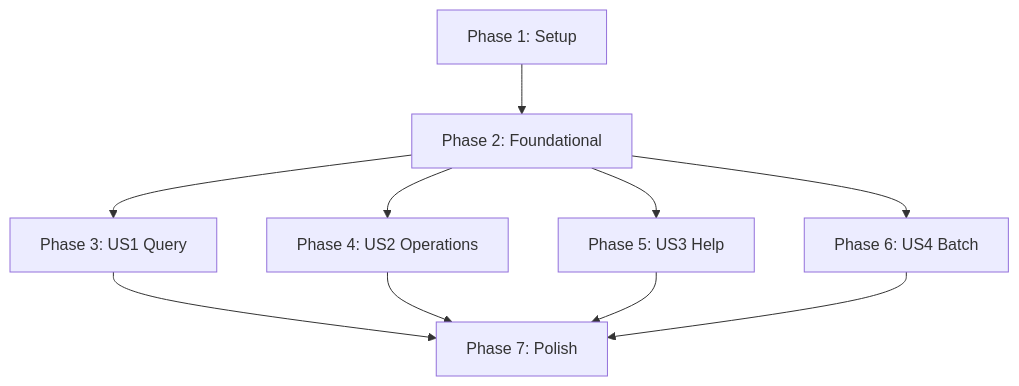
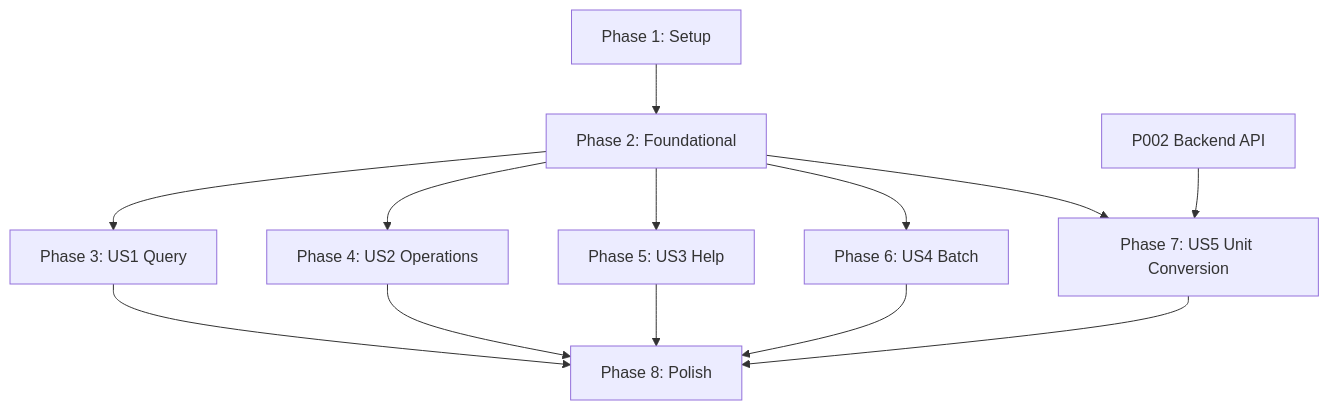
Before and after one commit to 30675137/Cinema_Bussiness_Center_Platform: the diagram in specs/T001-ops-expert-skill/tasks.md, drawn with Mermaid. The commit also changed other lines of this file and 32 other files, not shown here.

````diff
--- a/specs/T001-ops-expert-skill/tasks.md
+++ b/specs/T001-ops-expert-skill/tasks.md
@@ -176,12 +273,15 @@
 ```mermaid
 graph TD
     P1[Phase 1: Setup] --> P2[Phase 2: Foundational]
     P2 --> P3[Phase 3: US1 Query]
     P2 --> P4[Phase 4: US2 Operations]
     P2 --> P5[Phase 5: US3 Help]
     P2 --> P6[Phase 6: US4 Batch]
-    P3 --> P7[Phase 7: Polish]
-    P4 --> P7
-    P5 --> P7
-    P6 --> P7
+    P2 --> P7[Phase 7: US5 Unit Conversion]
+    P3 --> P8[Phase 8: Polish]
+    P4 --> P8
+    P5 --> P8
+    P6 --> P8
+    P7 --> P8
+    EXT[P002 Backend API] --> P7
 ```
````
